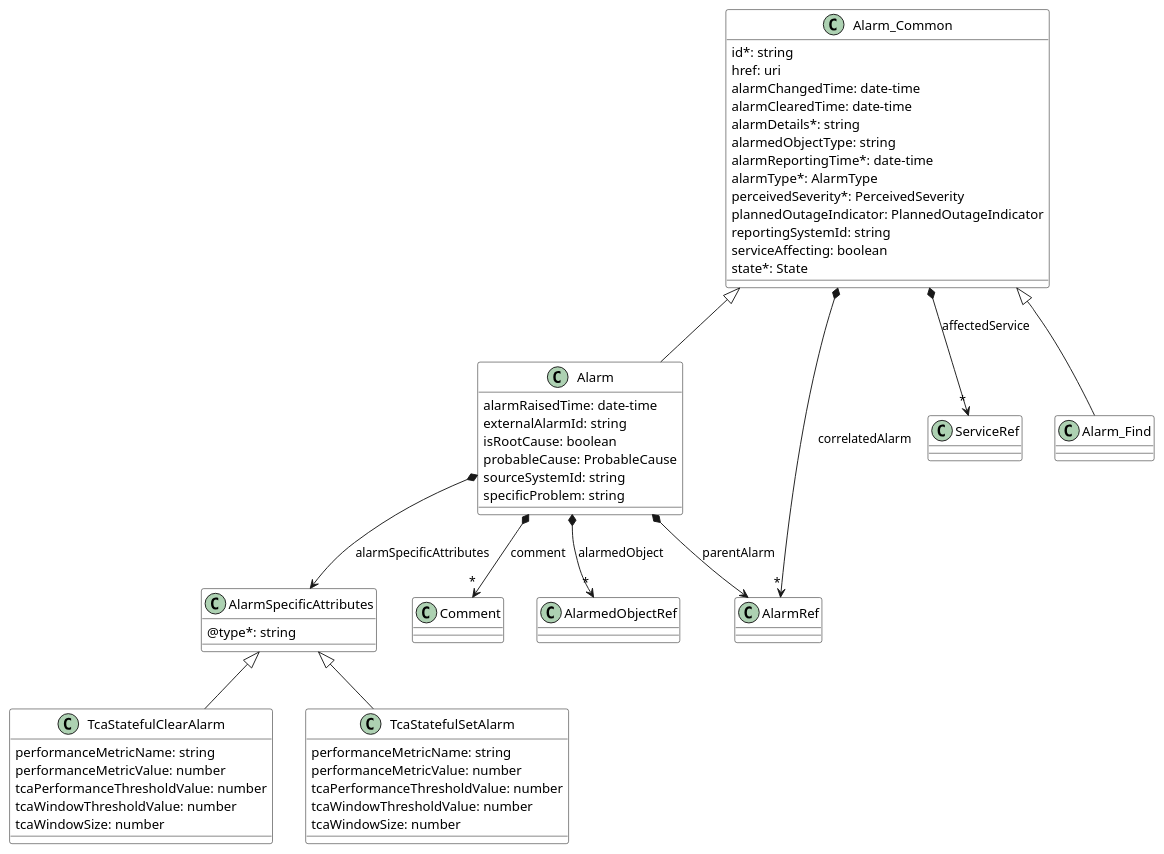
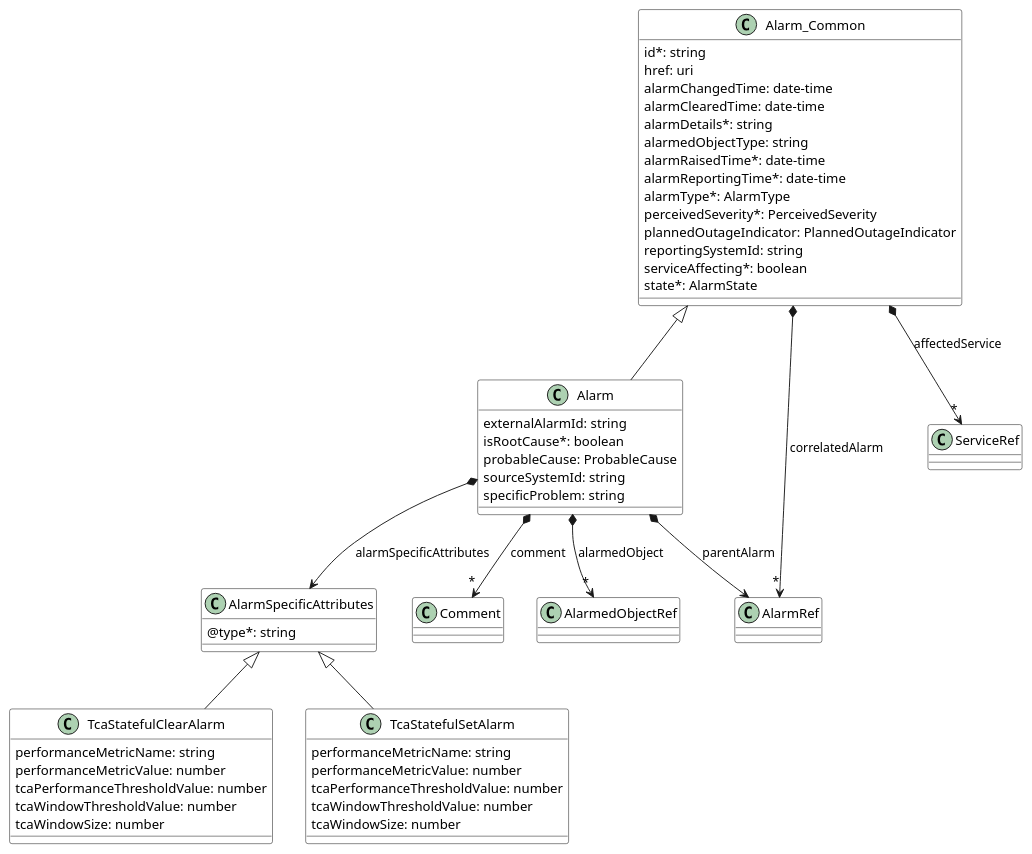
One commit to MEF-GIT/MEF-LSO-Interlude-SDK changed the diagram in documentation/serviceApi/alarm/media/src/statefullTCAAlarmModel.puml. Above: the diagram before and after it, drawn with PlantUML. The commit also changed 28 other files, not shown here.

```diff
--- a/documentation/serviceApi/alarm/media/src/statefullTCAAlarmModel.puml
+++ b/documentation/serviceApi/alarm/media/src/statefullTCAAlarmModel.puml
@@ -1,96 +1,83 @@
 @startuml statefullTCAAlarmModel
 skinparam {
     ClassBackgroundColor White
     ClassBorderColor Black
 }
 
 class Alarm {
 
-    alarmRaisedTime: date-time
     externalAlarmId: string
-    isRootCause: boolean
+    isRootCause*: boolean
     probableCause: ProbableCause
     sourceSystemId: string
     specificProblem: string
 }
 Alarm_Common <|-- Alarm
 
 Alarm *-->"*" AlarmedObjectRef : alarmedObject
 Alarm *-->"*" Comment : comment
 Alarm *--> AlarmRef : parentAlarm
 Alarm *--> AlarmSpecificAttributes : alarmSpecificAttributes
 
-
 class AlarmRef {
 
 }
-
-
 
 class AlarmSpecificAttributes {
 
     @type*: string
 }
 
 
 class Alarm_Common {
 
     id*: string
     href: uri
     alarmChangedTime: date-time
     alarmClearedTime: date-time
     alarmDetails*: string
     alarmedObjectType: string
+    alarmRaisedTime*: date-time
     alarmReportingTime*: date-time
     alarmType*: AlarmType
     perceivedSeverity*: PerceivedSeverity
     plannedOutageIndicator: PlannedOutageIndicator
     reportingSystemId: string
-    serviceAffecting: boolean
-    state*: State
+    serviceAffecting*: boolean
+    state*: AlarmState
 }
 
 Alarm_Common *-->"*" ServiceRef : affectedService
 Alarm_Common *-->"*" AlarmRef : correlatedAlarm
 
-
-class Alarm_Find {
-
-}
-Alarm_Common <|-- Alarm_Find
-
-
-
 class AlarmedObjectRef {
 }
-
-
 
 class Comment {
 }
 
 class TcaStatefulClearAlarm {
 
     performanceMetricName: string
     performanceMetricValue: number
     tcaPerformanceThresholdValue: number
     tcaWindowThresholdValue: number
     tcaWindowSize: number
 }
 AlarmSpecificAttributes <|-- TcaStatefulClearAlarm
 
 
 
 class TcaStatefulSetAlarm {
 
     performanceMetricName: string
     performanceMetricValue: number
     tcaPerformanceThresholdValue: number
     tcaWindowThresholdValue: number
     tcaWindowSize: number
 }
 AlarmSpecificAttributes <|-- TcaStatefulSetAlarm
 
 
 
 @enduml
```
